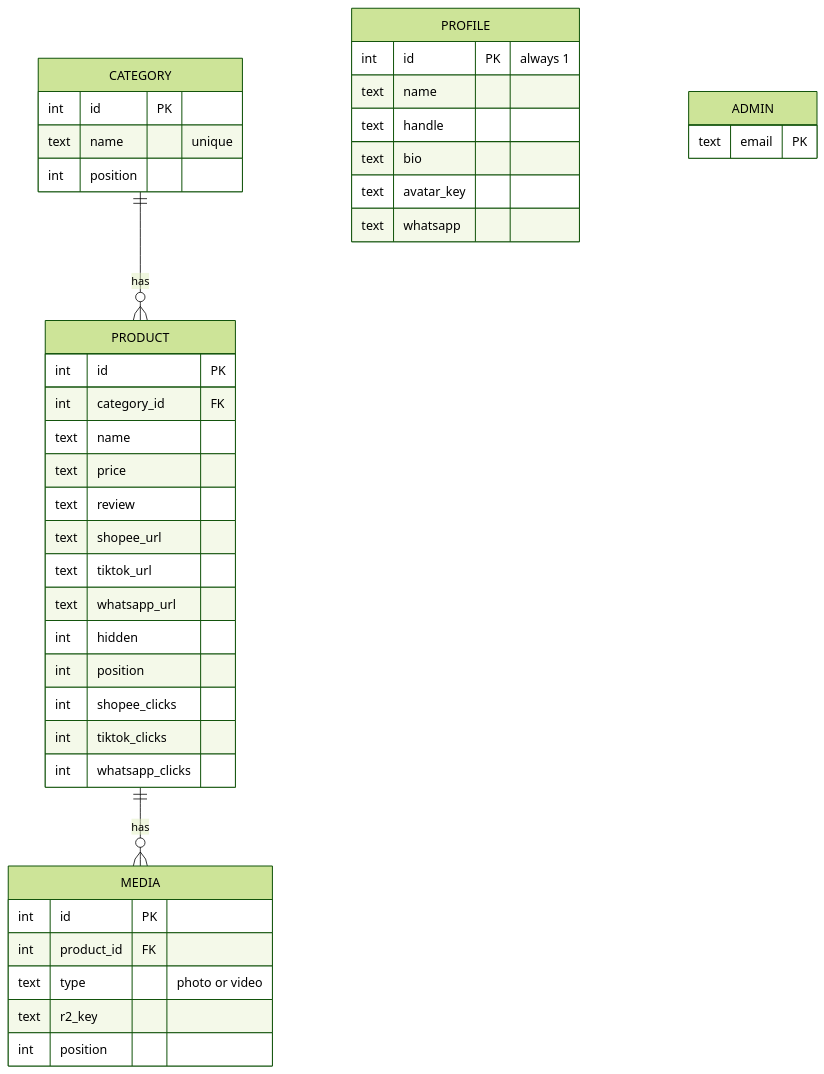
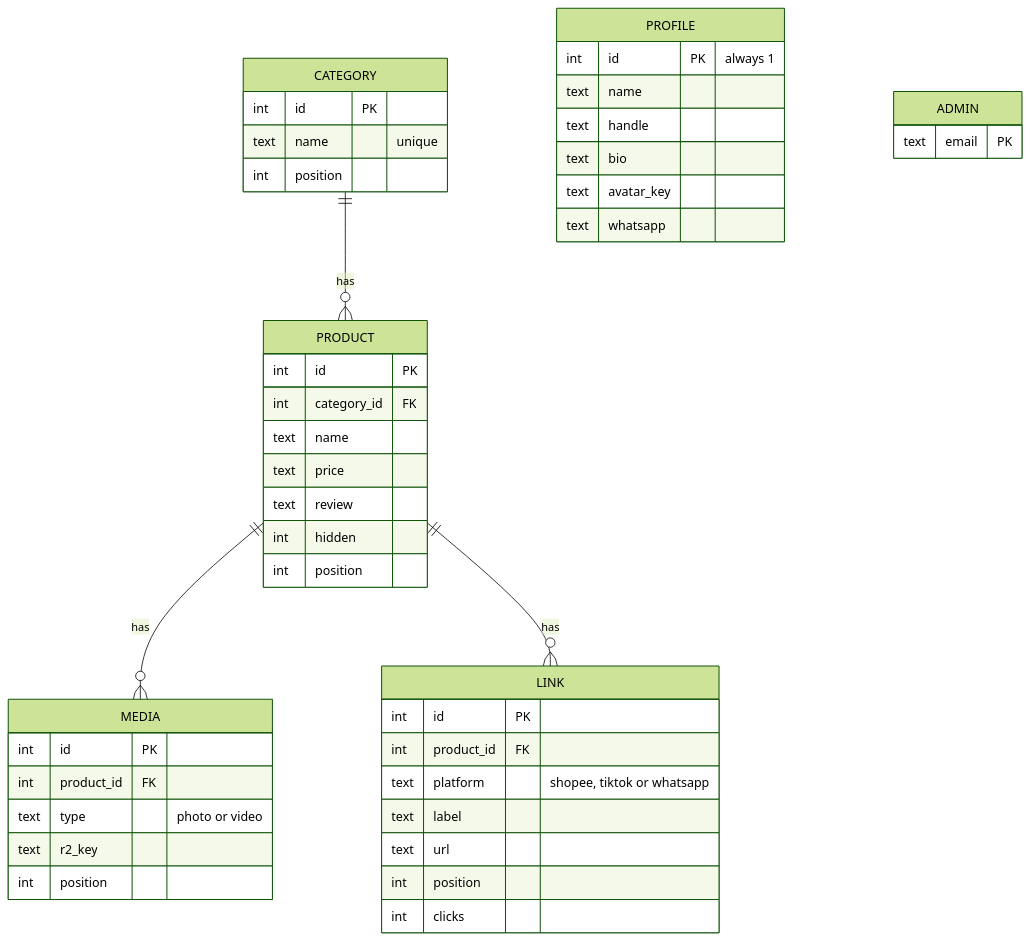
One commit to amirulhakiim/pqacam changed the third of 4 diagrams in docs/PRD.md. Above: the diagram before and after it, drawn with Mermaid (forest theme). The commit also changed other lines of this file and 20 other files, not shown here.

````diff
--- a/docs/PRD.md
+++ b/docs/PRD.md
@@ -150,43 +150,47 @@
 ```mermaid
 erDiagram
     CATEGORY ||--o{ PRODUCT : has
     PRODUCT ||--o{ MEDIA : has
+    PRODUCT ||--o{ LINK : has
     PROFILE {
         int id PK "always 1"
         text name
         text handle
         text bio
         text avatar_key
         text whatsapp
     }
     CATEGORY {
         int id PK
         text name "unique"
         int position
     }
     PRODUCT {
         int id PK
         int category_id FK
         text name
         text price
         text review
-        text shopee_url
-        text tiktok_url
-        text whatsapp_url
         int hidden
         int position
-        int shopee_clicks
-        int tiktok_clicks
-        int whatsapp_clicks
+    }
+    LINK {
+        int id PK
+        int product_id FK
+        text platform "shopee, tiktok or whatsapp"
+        text label
+        text url
+        int position
+        int clicks
     }
     MEDIA {
         int id PK
         int product_id FK
         text type "photo or video"
         text r2_key
         int position
     }
     ADMIN {
         text email PK
     }
 ```
````
